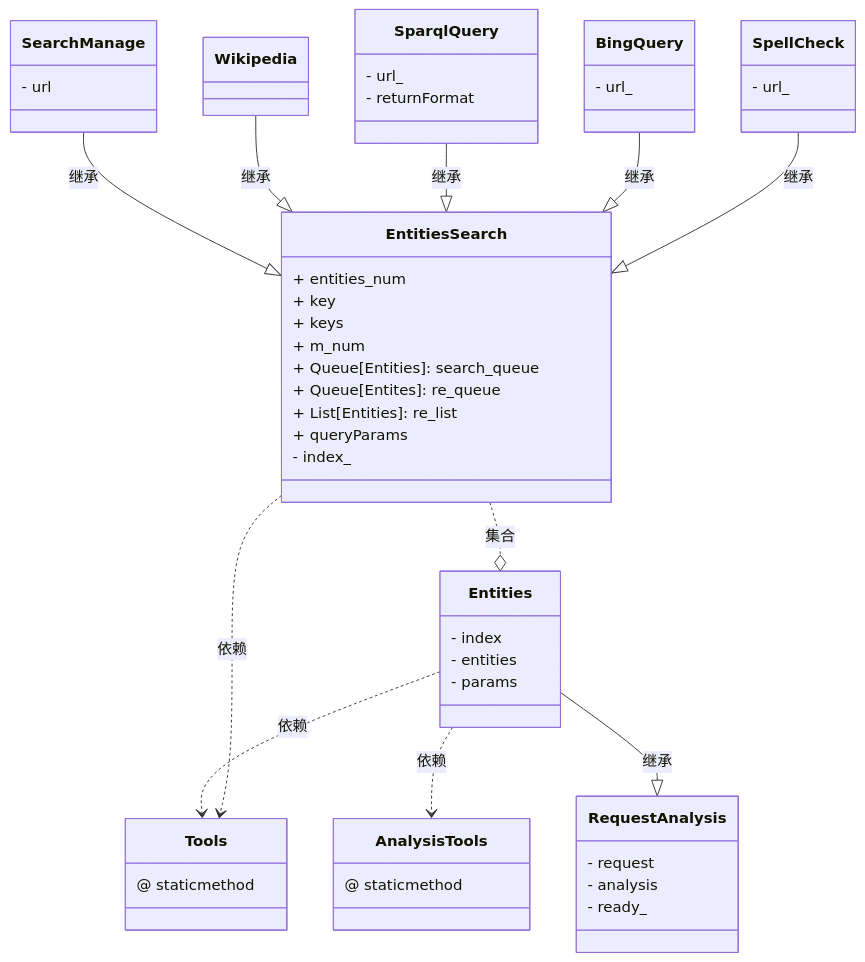
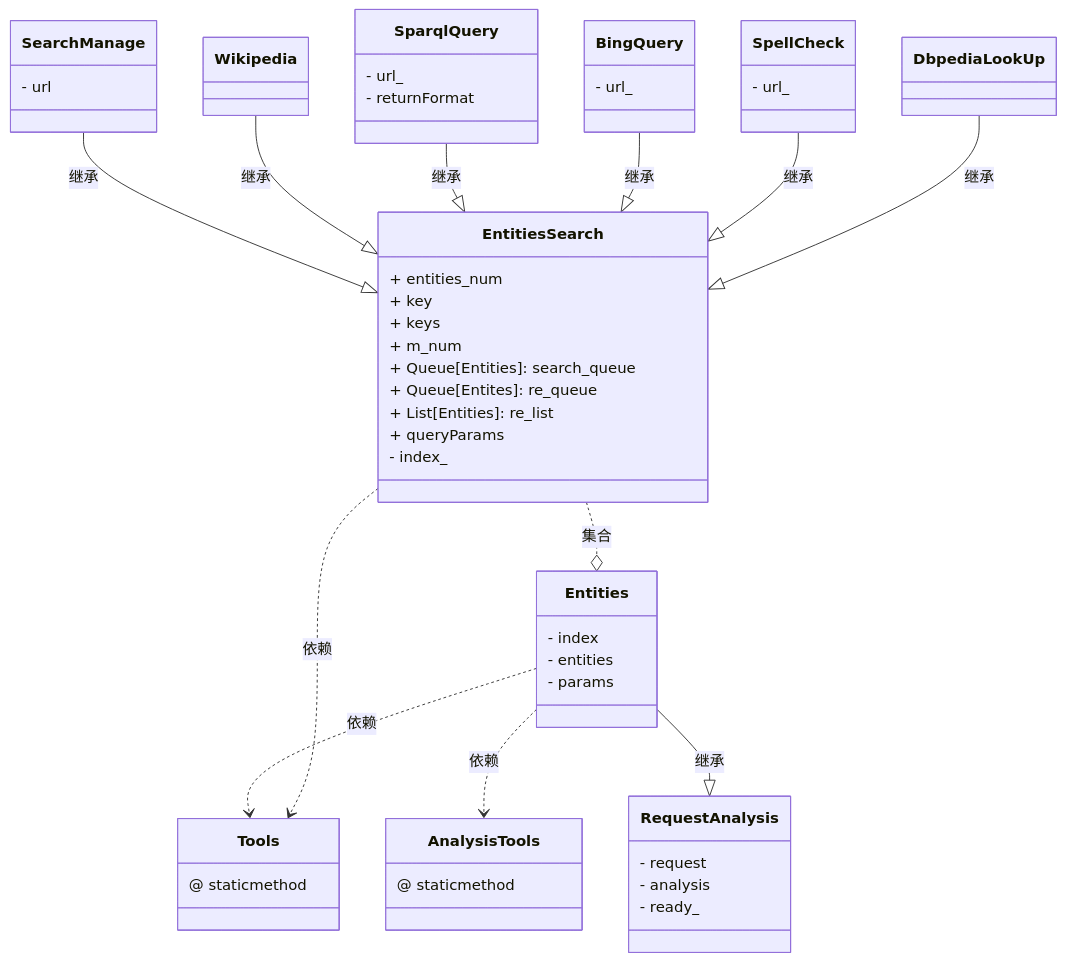
One commit to A-BigTree/searchmanage_Wiki changed the diagram in README.md. Above: the diagram before and after it, drawn with Mermaid.

````diff
--- a/README.md
+++ b/README.md
@@ -60,67 +60,72 @@
 ```mermaid
 classDiagram
 	Entities ..> AnalysisTools:依赖
 	Entities ..> Tools:依赖
 	EntitiesSearch ..> Tools:依赖
 	
 	Entities --|>RequestAnalysis : 继承
     EntitiesSearch ..o Entities: 集合
 	SearchManage --|> EntitiesSearch :继承
 	Wikipedia --|> EntitiesSearch:继承
 	SparqlQuery --|> EntitiesSearch:继承
 	BingQuery --|> EntitiesSearch:继承
 	SpellCheck --|> EntitiesSearch:继承
+	DbpediaLookUp --|> EntitiesSearch:继承
 
 	class Tools{
 	@ staticmethod
 	}
 	
 	class AnalysisTools{
 	@ staticmethod
 	}
 	
 	class RequestAnalysis{
 	- request
 	- analysis
 	- ready_
 	}
 	
 	class Entities{
 	- index
 	- entities
 	- params
 	}
 	
 	class EntitiesSearch{
 	+ entities_num
 	+ key
 	+ keys
 	+ m_num
 	+ Queue[Entities]: search_queue
 	+ Queue[Entites]: re_queue
 	+ List[Entities]: re_list
 	+ queryParams
 	- index_
 	}
 	
 	class SearchManage{
 	- url
 	}
 	
 	class Wikipedia{
 	
 	}
 	
 	class SparqlQuery{
 	- url_
 	- returnFormat
 	}
 	
 	class BingQuery{
 	- url_
 	}
 	
 	class SpellCheck{
 	- url_
 	}
+	
+	class DbpediaLookUp{
+	
+	}
 ```
````
